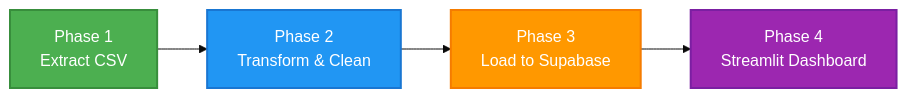
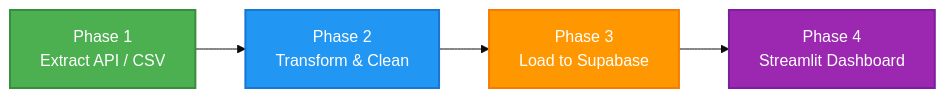
One commit to ahmed-abdelwahed1/hevy-flow changed the first of 2 diagrams in README.md. Above: the diagram before and after it, drawn with Mermaid (base theme). The commit also changed other lines of this file, not shown here.

Commit message:
docs: update README for API integration and GitHub Actions automation

````diff
--- a/README.md
+++ b/README.md
@@ -37,11 +37,11 @@
 ```mermaid
 graph LR
-    A["Phase 1<br/>Extract CSV"] --> B["Phase 2<br/>Transform & Clean"]
+    A["Phase 1<br/>Extract API / CSV"] --> B["Phase 2<br/>Transform & Clean"]
     B --> C["Phase 3<br/>Load to Supabase"]
     C --> D["Phase 4<br/>Streamlit Dashboard"]
 
     style A fill:#4CAF50,color:#fff,stroke:#388E3C,stroke-width:2px
     style B fill:#2196F3,color:#fff,stroke:#1976D2,stroke-width:2px
     style C fill:#FF9800,color:#fff,stroke:#F57C00,stroke-width:2px
     style D fill:#9C27B0,color:#fff,stroke:#7B1FA2,stroke-width:2px
 ```
````
